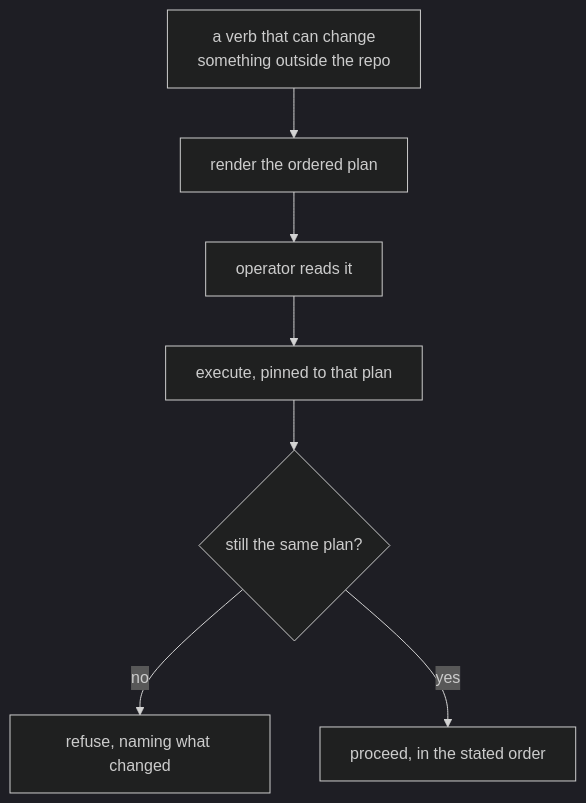
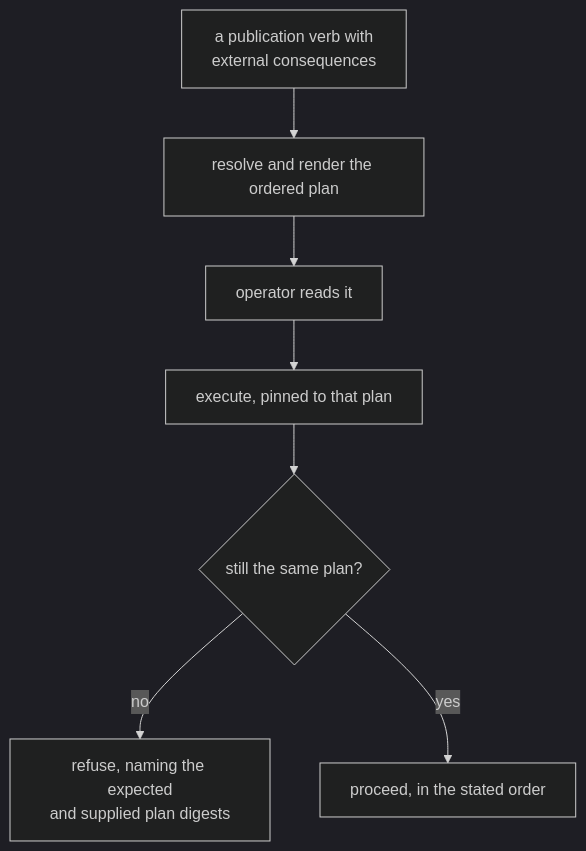
Diagram 14 of 25 in docs/product/value.md (infimalabs/spice-rust), drawn with Mermaid (dark theme) before and after one commit. The commit also changed other lines of this file and 71 other files, not shown here.

````diff
--- a/docs/product/value.md
+++ b/docs/product/value.md
@@ -267,9 +316,9 @@
 ```mermaid
 flowchart TD
-  V["a verb that can change<br/>something outside the repo"] --> P["render the ordered plan"]
+  V["a publication verb with<br/>external consequences"] --> P["resolve and render the ordered plan"]
   P --> R["operator reads it"]
   R --> X["execute, pinned to that plan"]
   X --> C{"still the same plan?"}
-  C -- no --> REF["refuse, naming what changed"]
+  C -- no --> REF["refuse, naming the expected<br/>and supplied plan digests"]
   C -- yes --> GO["proceed, in the stated order"]
 ```
````
